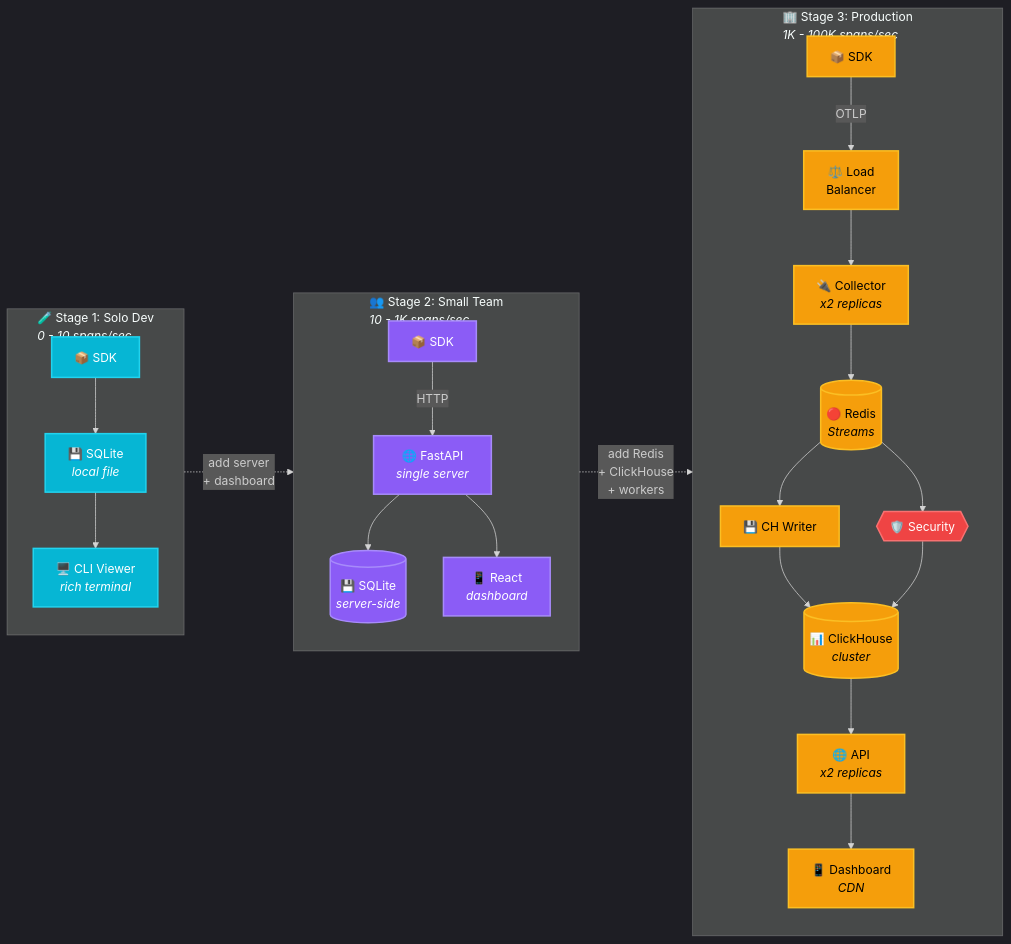
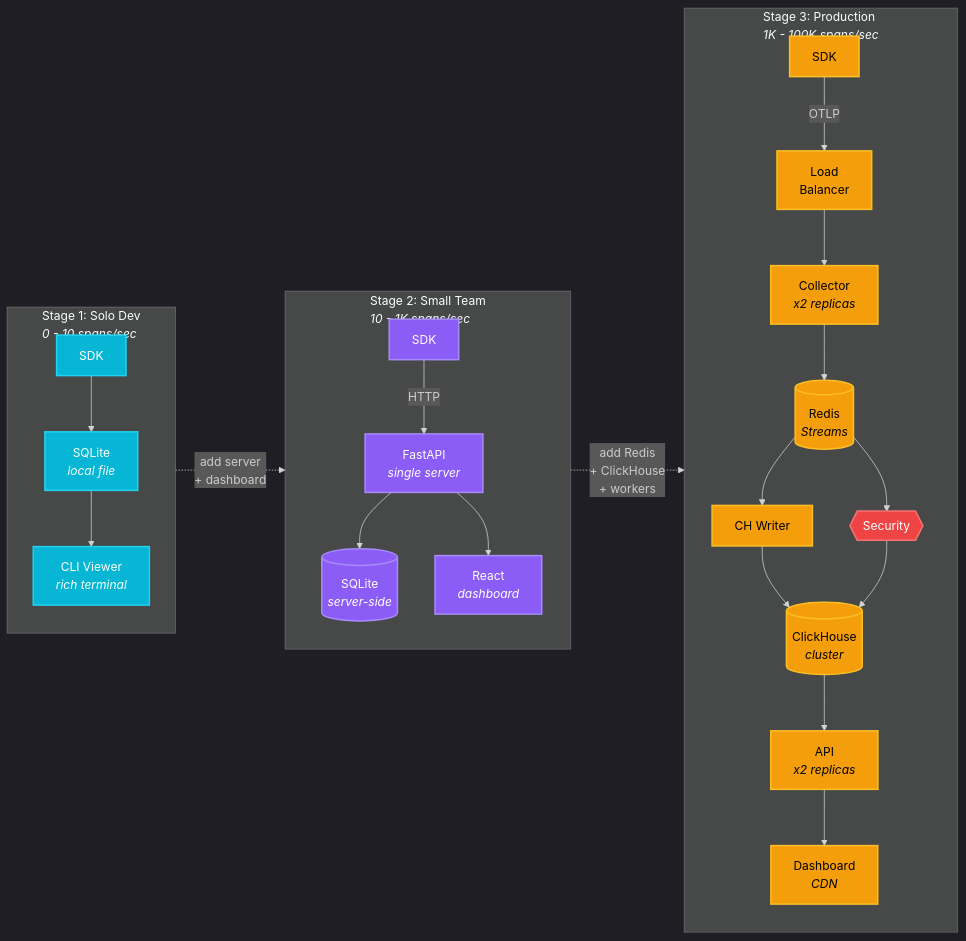
One commit to Ramakrishna1967/AgentState changed the seventh of 7 diagrams in README.md. Above: the diagram before and after it, drawn with Mermaid. The commit also changed other lines of this file, not shown here.

````diff
--- a/README.md
+++ b/README.md
@@ -423,39 +423,39 @@
 ```mermaid
 %%{init: {'theme':'dark'}}%%
 graph LR
-    subgraph Stage1["🧪 Stage 1: Solo Dev<br/><i>0 - 10 spans/sec</i>"]
-        S1A["📦 SDK"] --> S1B["💾 SQLite<br/><i>local file</i>"]
-        S1B --> S1C["🖥️ CLI Viewer<br/><i>rich terminal</i>"]
+    subgraph Stage1[" Stage 1: Solo Dev<br/><i>0 - 10 spans/sec</i>"]
+        S1A[" SDK"] --> S1B[" SQLite<br/><i>local file</i>"]
+        S1B --> S1C[" CLI Viewer<br/><i>rich terminal</i>"]
     end
 
-    subgraph Stage2["👥 Stage 2: Small Team<br/><i>10 - 1K spans/sec</i>"]
-        S2A["📦 SDK"] -->|"HTTP"| S2B["🌐 FastAPI<br/><i>single server</i>"]
-        S2B --> S2C[("💾 SQLite<br/><i>server-side</i>")]
-        S2B --> S2D["📱 React<br/><i>dashboard</i>"]
+    subgraph Stage2[" Stage 2: Small Team<br/><i>10 - 1K spans/sec</i>"]
+        S2A[" SDK"] -->|"HTTP"| S2B[" FastAPI<br/><i>single server</i>"]
+        S2B --> S2C[(" SQLite<br/><i>server-side</i>")]
+        S2B --> S2D[" React<br/><i>dashboard</i>"]
     end
 
-    subgraph Stage3["🏢 Stage 3: Production<br/><i>1K - 100K spans/sec</i>"]
-        S3A["📦 SDK"] -->|"OTLP"| S3B["⚖️ Load<br/>Balancer"]
-        S3B --> S3C["🔌 Collector<br/><i>x2 replicas</i>"]
-        S3C --> S3D[("🔴 Redis<br/><i>Streams</i>")]
-        S3D --> S3E["💾 CH Writer"]
-        S3D --> S3F{{"🛡️ Security"}}
-        S3E --> S3G[("📊 ClickHouse<br/><i>cluster</i>")]
+    subgraph Stage3[" Stage 3: Production<br/><i>1K - 100K spans/sec</i>"]
+        S3A[" SDK"] -->|"OTLP"| S3B[" Load<br/>Balancer"]
+        S3B --> S3C[" Collector<br/><i>x2 replicas</i>"]
+        S3C --> S3D[(" Redis<br/><i>Streams</i>")]
+        S3D --> S3E[" CH Writer"]
+        S3D --> S3F{{" Security"}}
+        S3E --> S3G[(" ClickHouse<br/><i>cluster</i>")]
         S3F --> S3G
-        S3G --> S3H["🌐 API<br/><i>x2 replicas</i>"]
-        S3H --> S3I["📱 Dashboard<br/><i>CDN</i>"]
+        S3G --> S3H[" API<br/><i>x2 replicas</i>"]
+        S3H --> S3I[" Dashboard<br/><i>CDN</i>"]
     end
 
     Stage1 -.->|"add server<br/>+ dashboard"| Stage2
     Stage2 -.->|"add Redis<br/>+ ClickHouse<br/>+ workers"| Stage3
 
     classDef stage1 fill:#06b6d4,stroke:#22d3ee,color:#fff,stroke-width:2px
     classDef stage2 fill:#8b5cf6,stroke:#a78bfa,color:#fff,stroke-width:2px
     classDef stage3 fill:#f59e0b,stroke:#fbbf24,color:#000,stroke-width:2px
     classDef security fill:#ef4444,stroke:#f87171,color:#fff,stroke-width:2px
 
     class S1A,S1B,S1C stage1
     class S2A,S2B,S2C,S2D stage2
     class S3A,S3B,S3C,S3D,S3E,S3G,S3H,S3I stage3
     class S3F security
 ```
````
